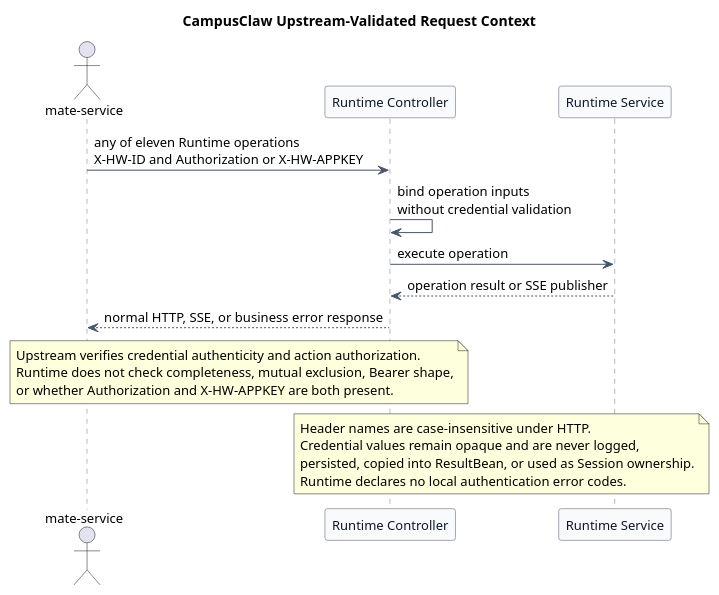
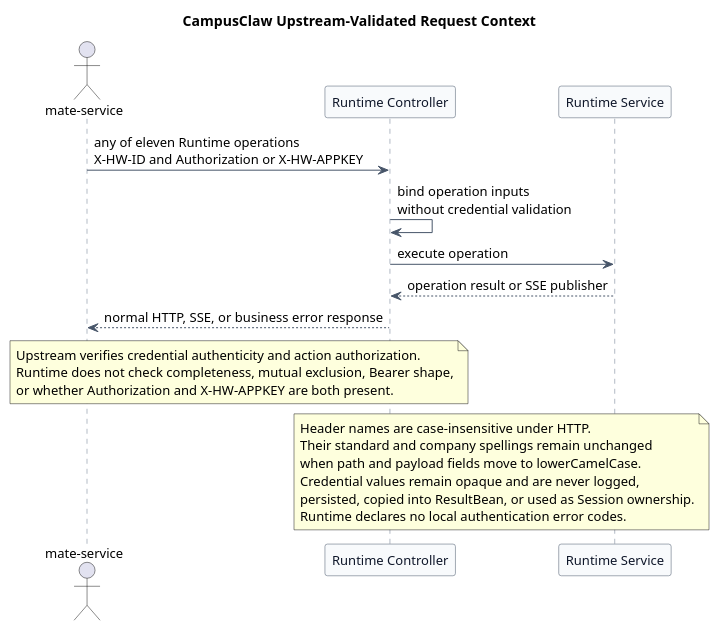
One commit to ssm0808/pi-mono-java-design changed the second of 2 diagrams in pi-mono-java-manager-driven-multi-agent-runtime/diagrams/http-contract/diagram.puml. Above: the diagram before and after it, drawn with PlantUML. The commit also changed 35 other files, not shown here.

Commit message:
docs(runtime): 统一 HTTP 字段为 lowerCamelCase

```diff
--- a/pi-mono-java-manager-driven-multi-agent-runtime/diagrams/http-contract/diagram.puml
+++ b/pi-mono-java-manager-driven-multi-agent-runtime/diagrams/http-contract/diagram.puml
@@ -61,54 +61,56 @@
 @startuml http_dual_authentication
 title CampusClaw Upstream-Validated Request Context
 
 ' Source evidence (pi-mono-java 1f801dbb82bdda30478e3354e685e3153b179a0c):
 ' modules/coding-agent-cli/src/main/java/com/campusclaw/codingagent/runtimeapi/auth/RuntimeRequestAuthenticator.java.
 ' modules/coding-agent-cli/src/main/java/com/campusclaw/codingagent/runtimeapi/web/RuntimeAuthenticationInterceptor.java.
 ' Observed behavior: inbound JWT uses X-HW-ID and Authorization; APPKEY uses X-HW-ID and X-HW-APPKEY.
 ' Observed behavior: RuntimeWebMvcConfiguration currently applies authentication to every Runtime path.
 ' Architecture change: the target Runtime removes pre-Controller and Controller-local credential checks.
 ' Product constraint: all eleven operations carry the shared integration-context header examples.
 ' Product constraint: Runtime does not require complete pairs, reject mixed headers, parse Bearer shape,
 ' or expose local authentication errors. Both credential headers may coexist.
 ' Security boundary: upstream verifies credential authenticity and action authorization before forwarding.
 
 skinparam backgroundColor #FFFFFF
 skinparam shadowing false
 skinparam defaultFontName Arial
 skinparam defaultFontSize 13
 skinparam participant {
   BackgroundColor #F8FAFC
   BorderColor #475569
   FontColor #0F172A
 }
 skinparam ArrowColor #475569
 skinparam sequence {
   LifeLineBorderColor #64748B
   LifeLineBackgroundColor #F8FAFC
   GroupBorderColor #94A3B8
   GroupBackgroundColor #F8FAFC
 }
 
 actor "mate-service" as Caller
 participant "Runtime Controller" as Controller
 participant "Runtime Service" as Service
 
 Caller -> Controller : any of eleven Runtime operations\nX-HW-ID and Authorization or X-HW-APPKEY
 Controller -> Controller : bind operation inputs\nwithout credential validation
 Controller -> Service : execute operation
 Service --> Controller : operation result or SSE publisher
 Controller --> Caller : normal HTTP, SSE, or business error response
 
 note over Caller,Controller
 Upstream verifies credential authenticity and action authorization.
 Runtime does not check completeness, mutual exclusion, Bearer shape,
 or whether Authorization and X-HW-APPKEY are both present.
 end note
 
 note over Controller,Service
 Header names are case-insensitive under HTTP.
+Their standard and company spellings remain unchanged
+when path and payload fields move to lowerCamelCase.
 Credential values remain opaque and are never logged,
 persisted, copied into ResultBean, or used as Session ownership.
 Runtime declares no local authentication error codes.
 end note
 @enduml
```
